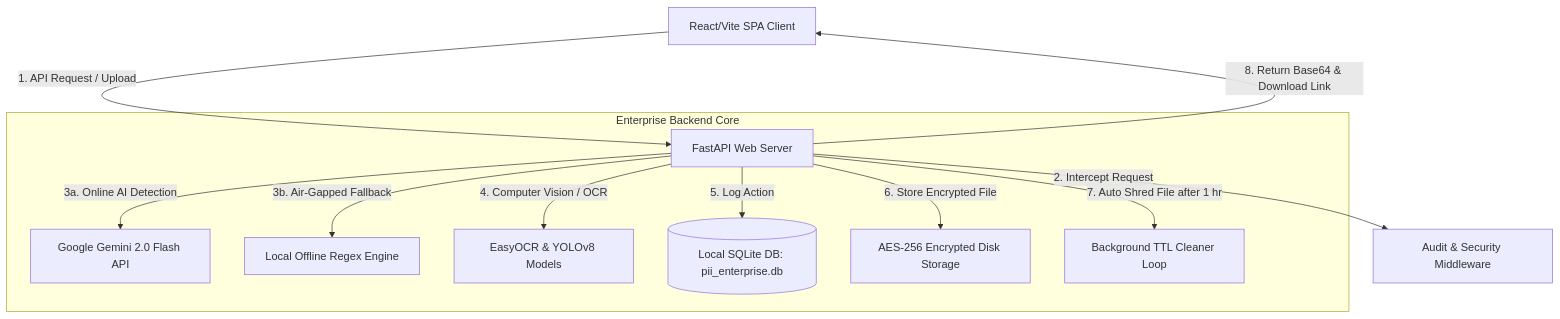
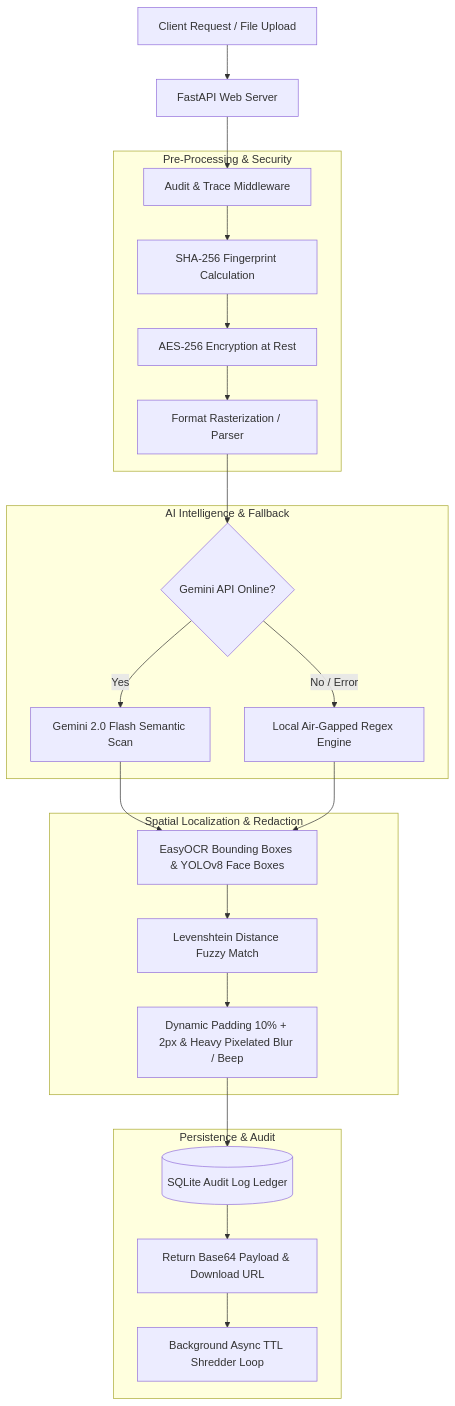
One commit to YATHARTHH/masking changed the diagram in pii-masking-backend-main/docs/project_walkthrough_and_learning_guide.md. Above: the diagram before and after it, drawn with Mermaid. The commit also changed other lines of this file, not shown here.

````diff
--- a/pii-masking-backend-main/docs/project_walkthrough_and_learning_guide.md
+++ b/pii-masking-backend-main/docs/project_walkthrough_and_learning_guide.md
@@ -46,16 +66,30 @@
 ```mermaid
 graph TD
-    A[React/Vite SPA Client] -- 1. API Request / Upload --> B[FastAPI Web Server]
-    B -- 2. Intercept Request --> M[Audit & Security Middleware]
+    A[Client Request / File Upload] --> B[FastAPI Web Server]
+    B --> M[Audit & Trace Middleware]
     
-    subgraph Enterprise Backend Core
-        B -- 3a. Online AI Detection --> E[Google Gemini 2.0 Flash API]
-        B -- 3b. Air-Gapped Fallback --> F[Local Offline Regex Engine]
-        B -- 4. Computer Vision / OCR --> D[EasyOCR & YOLOv8 Models]
-        B -- 5. Log Action --> DB[(Local SQLite DB: pii_enterprise.db)]
-        B -- 6. Store Encrypted File --> S[AES-256 Encrypted Disk Storage]
-        B -- 7. Auto Shred File after 1 hr --> T[Background TTL Cleaner Loop]
+    subgraph Pre-Processing & Security
+        M --> S1[SHA-256 Fingerprint Calculation]
+        S1 --> S2[AES-256 Encryption at Rest]
+        S2 --> S3[Format Rasterization / Parser]
     end
 
-    B -- 8. Return Base64 & Download Link --> A
+    subgraph AI Intelligence & Fallback
+        S3 --> AI{Gemini API Online?}
+        AI -- Yes --> LLM[Gemini 2.0 Flash Semantic Scan]
+        AI -- No / Error --> FB[Local Air-Gapped Regex Engine]
+    end
+
+    subgraph Spatial Localization & Redaction
+        LLM --> LOC[EasyOCR Bounding Boxes & YOLOv8 Face Boxes]
+        FB --> LOC
+        LOC --> ALIGN[Levenshtein Distance Fuzzy Match]
+        ALIGN --> MASK[Dynamic Padding 10% + 2px & Heavy Pixelated Blur / Beep]
+    end
+
+    subgraph Persistence & Audit
+        MASK --> DB[(SQLite Audit Log Ledger)]
+        DB --> RET[Return Base64 Payload & Download URL]
+        RET --> TTL[Background Async TTL Shredder Loop]
+    end
 ```
````
